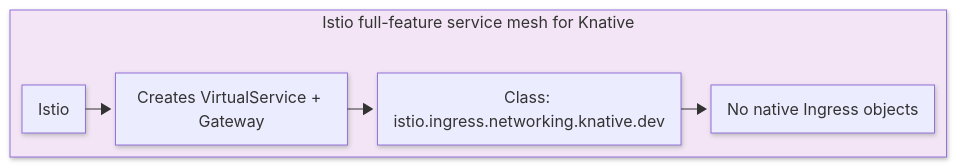
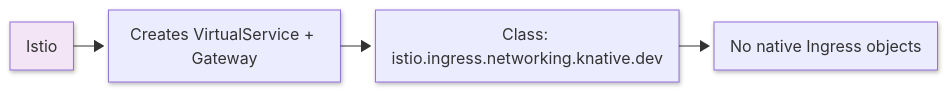
One commit to knative/docs changed the third of 4 diagrams in docs/versioned/serving/config-network-adapters.md. Above: the diagram before and after it, drawn with Mermaid. The commit also changed other lines of this file, not shown here.

````diff
--- a/docs/versioned/serving/config-network-adapters.md
+++ b/docs/versioned/serving/config-network-adapters.md
@@ -80,15 +73,17 @@
     ```mermaid
     ---
     config:
       theme: default
       layout: elk
       look: neo
     ---
     flowchart LR
-    subgraph Istio["Istio full-feature service mesh for Knative"]
-          I1[Istio] --> I2[Creates VirtualService + Gateway]
-          I2 --> I3[Class: istio.ingress.networking.knative.dev]
-          I3 --> I4[No native Ingress objects]
-    end
-    style Istio fill:#f3e5f5
+    I2["Creates VirtualService + Gateway"]
+    I1["Istio"]
+    I3["Class: istio.ingress.networking.knative.dev"]
+    I4["No native Ingress objects"]
+    I1 --> I2
+    I2 --> I3 
+    I3 --> I4
+    style I1 fill:#f3e5f5
     ```
````
